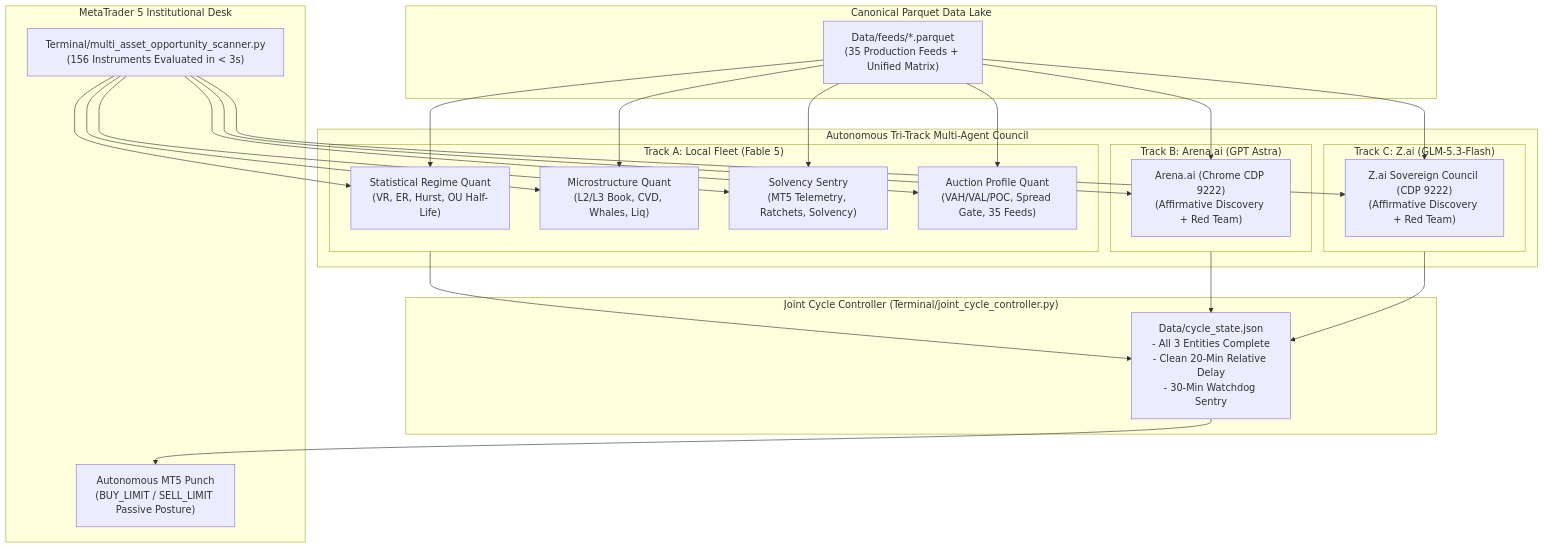
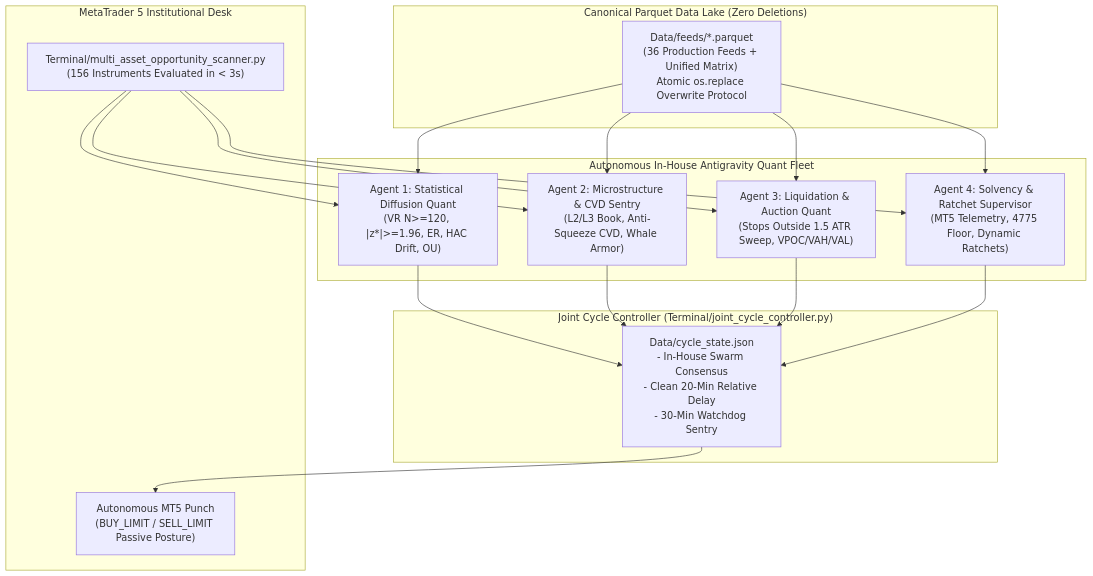
The first of 3 diagrams in Data/Manditory/STANDARDIZED_TRADING_DECISION_CHAIN.md (kbsingh1399/Trading_2), drawn with Mermaid before and after one commit. The commit also changed other lines of this file and 9 other files, not shown here.

````diff
--- a/Data/Manditory/STANDARDIZED_TRADING_DECISION_CHAIN.md
+++ b/Data/Manditory/STANDARDIZED_TRADING_DECISION_CHAIN.md
@@ -65,39 +94,27 @@
 ```mermaid
 flowchart TD
-    subgraph MultiAgentCouncil ["Autonomous Tri-Track Multi-Agent Council"]
-        subgraph TrackA ["Track A: Local Fleet (Fable 5)"]
-            A1["Statistical Regime Quant<br/>(VR, ER, Hurst, OU Half-Life)"]
-            A2["Microstructure Quant<br/>(L2/L3 Book, CVD, Whales, Liq)"]
-            A3["Solvency Sentry<br/>(MT5 Telemetry, Ratchets, Solvency)"]
-            A4["Auction Profile Quant<br/>(VAH/VAL/POC, Spread Gate, 35 Feeds)"]
-        end
-        subgraph TrackB ["Track B: Arena.ai (GPT Astra)"]
-            Arena["Arena.ai (Chrome CDP 9222)<br/>(Affirmative Discovery + Red Team)"]
-        end
-        subgraph TrackC ["Track C: Z.ai (GLM-5.3-Flash)"]
-            Zai["Z.ai Sovereign Council (CDP 9222)<br/>(Affirmative Discovery + Red Team)"]
-        end
+    subgraph MultiAgentDesk ["Autonomous In-House Antigravity Quant Fleet"]
+        A1["Agent 1: Statistical Diffusion Quant<br/>(VR N>=120, |z*|>=1.96, ER, HAC Drift, OU)"]
+        A2["Agent 2: Microstructure & CVD Sentry<br/>(L2/L3 Book, Anti-Squeeze CVD, Whale Armor)"]
+        A3["Agent 3: Liquidation & Auction Quant<br/>(Stops Outside 1.5 ATR Sweep, VPOC/VAH/VAL)"]
+        A4["Agent 4: Solvency & Ratchet Supervisor<br/>(MT5 Telemetry, 4775 Floor, Dynamic Ratchets)"]
     end
 
-    subgraph DataLake ["Canonical Parquet Data Lake"]
-        DB["Data/feeds/*.parquet<br/>(35 Production Feeds + Unified Matrix)"]
+    subgraph DataLake ["Canonical Parquet Data Lake (Zero Deletions)"]
+        DB["Data/feeds/*.parquet<br/>(36 Production Feeds + Unified Matrix)<br/>Atomic os.replace Overwrite Protocol"]
     end
 
     subgraph CycleControl ["Joint Cycle Controller (Terminal/joint_cycle_controller.py)"]
-        State["Data/cycle_state.json<br/>- All 3 Entities Complete<br/>- Clean 20-Min Relative Delay<br/>- 30-Min Watchdog Sentry"]
+        State["Data/cycle_state.json<br/>- In-House Swarm Consensus<br/>- Clean 20-Min Relative Delay<br/>- 30-Min Watchdog Sentry"]
     end
 
     subgraph ExecutionBridge ["MetaTrader 5 Institutional Desk"]
         Scanner["Terminal/multi_asset_opportunity_scanner.py<br/>(156 Instruments Evaluated in < 3s)"]
         MT5["Autonomous MT5 Punch<br/>(BUY_LIMIT / SELL_LIMIT Passive Posture)"]
     end
 
     DB --> A1 & A2 & A3 & A4
-    DB --> Arena
-    DB --> Zai
     Scanner --> A1 & A2 & A3 & A4
-    Scanner --> Arena
-    Scanner --> Zai
-    TrackA & TrackB & TrackC --> State
+    A1 & A2 & A3 & A4 --> State
     State --> MT5
 ```
````
